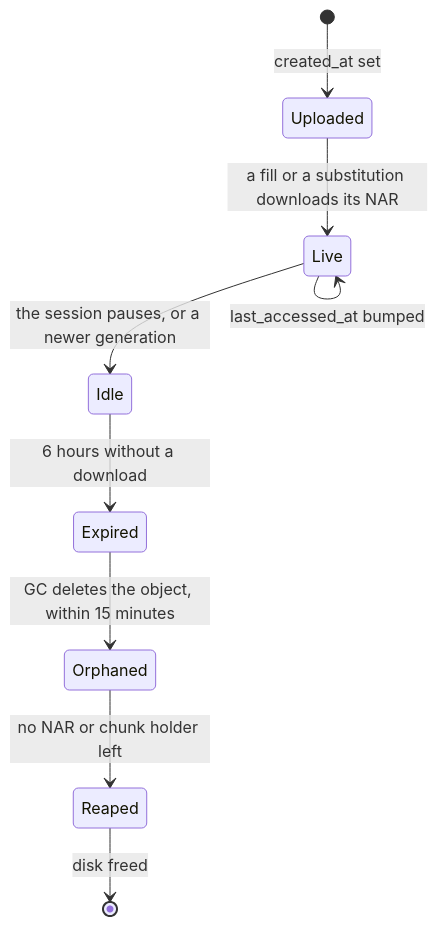
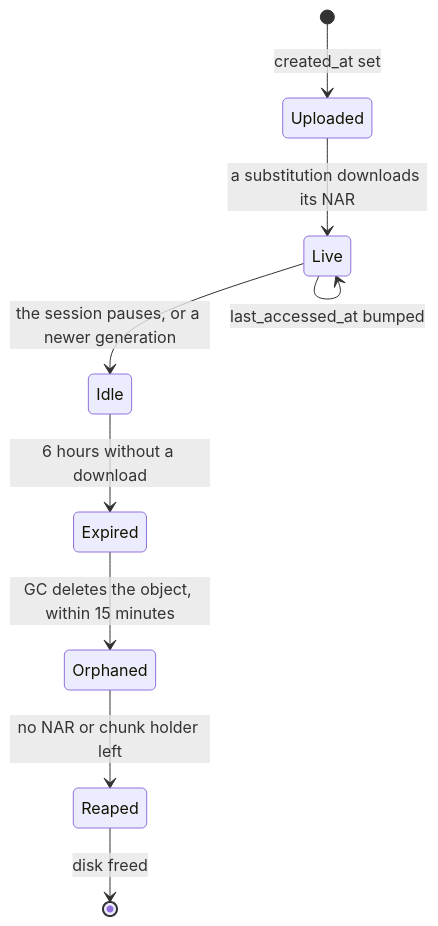
One commit to seedmatic/ndh changed the ninth of 15 diagrams in docs/private-binary-cache-spec.adoc. Above: the diagram before and after it, drawn with Mermaid. The commit also changed other lines of this file, not shown here.

First line of the commit message:
docs(private-cache): the spec states the measured state, figure first, and no history

```diff
--- a/docs/private-binary-cache-spec.adoc
+++ b/docs/private-binary-cache-spec.adoc
@@ -1450,12 +1282,12 @@
 [mermaid]
 ....
 stateDiagram-v2
   [*] --> Uploaded: created_at set
-  Uploaded --> Live: a fill or a substitution downloads its NAR
+  Uploaded --> Live: a substitution downloads its NAR
   Live --> Live: last_accessed_at bumped
   Live --> Idle: the session pauses, or a newer generation
   Idle --> Expired: 6 hours without a download
   Expired --> Orphaned: GC deletes the object, within 15 minutes
   Orphaned --> Reaped: no NAR or chunk holder left
   Reaped --> [*]: disk freed
 ....
```
